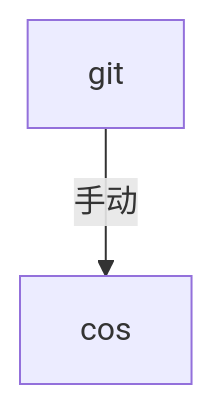
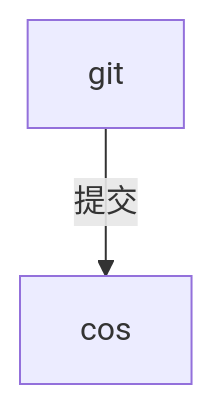
The second of 5 diagrams in docs/work/121.ai-all-asset.md (novlan1/notes), drawn with Mermaid before and after one commit. The commit also changed other lines of this file, not shown here.

````diff
--- a/docs/work/121.ai-all-asset.md
+++ b/docs/work/121.ai-all-asset.md
@@ -31,4 +31,4 @@
 ```mermaid
 graph TD
-git --手动--> cos
+git --提交--> cos
 ```
````
